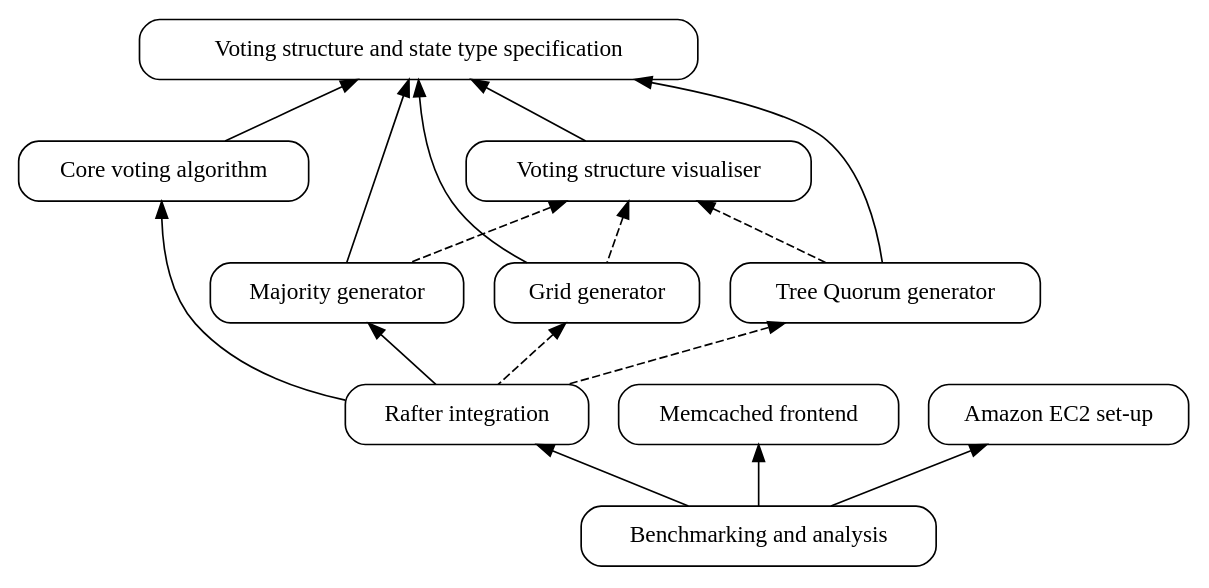
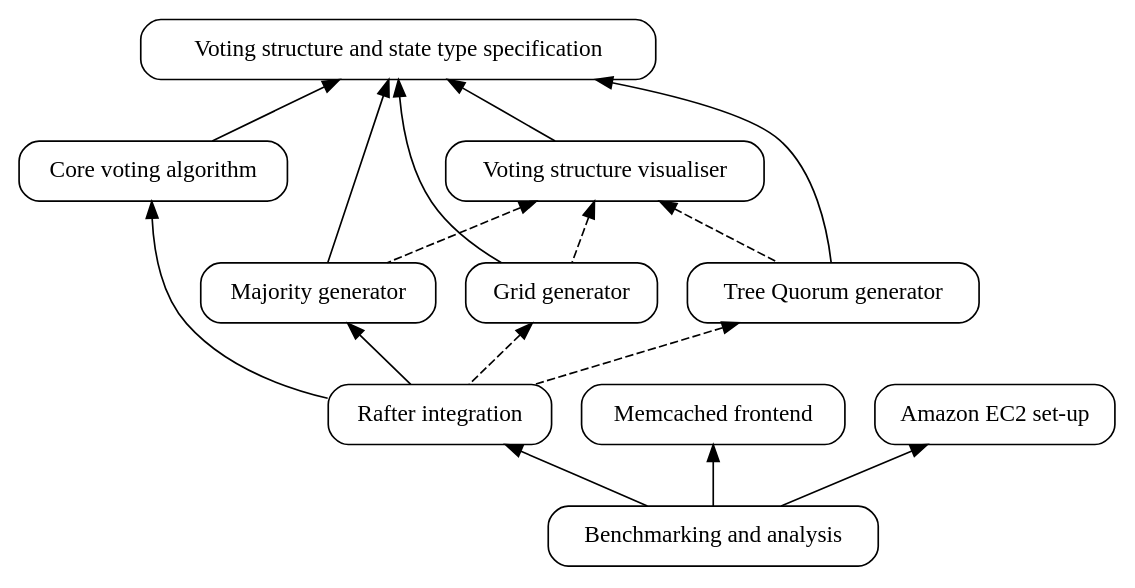
One commit to curiousleo/rafter changed the diagram in Images/Dependencies.dot. Above: the diagram before and after it, drawn with Graphviz. The commit also changed 14 other files, not shown here.

Commit message:
updated diagrams

```diff
--- a/Images/Dependencies.dot
+++ b/Images/Dependencies.dot
@@ -1,31 +1,31 @@
 digraph vstruct {
-node [shape=Mrecord];
+node [shape=Mrecord, fontname="Kp"];
 edge [dir=back];
 
 typ [label="Voting structure and state type specification"];
 vot [label="Core voting algorithm"];
 viz [label="Voting structure visualiser"];
 maj [label="Majority generator"];
 grd [label="Grid generator"];
 tri [label="Tree Quorum generator"];
 raf [label="Rafter integration"];
 mem [label="Memcached frontend"];
 ec2 [label="Amazon EC2 set-up"];
 ana [label="Benchmarking and analysis"];
 
 typ -> viz;
 typ -> vot;
 typ -> maj;
 viz -> maj [style=dashed];
 typ -> grd;
 viz -> grd [style=dashed];
 typ -> tri;
 viz -> tri [style=dashed];
 maj -> raf;
 grd -> raf [style=dashed];
 tri -> raf [style=dashed];
 vot -> raf;
 ec2 -> ana;
 mem -> ana;
 raf -> ana;
 }
```
